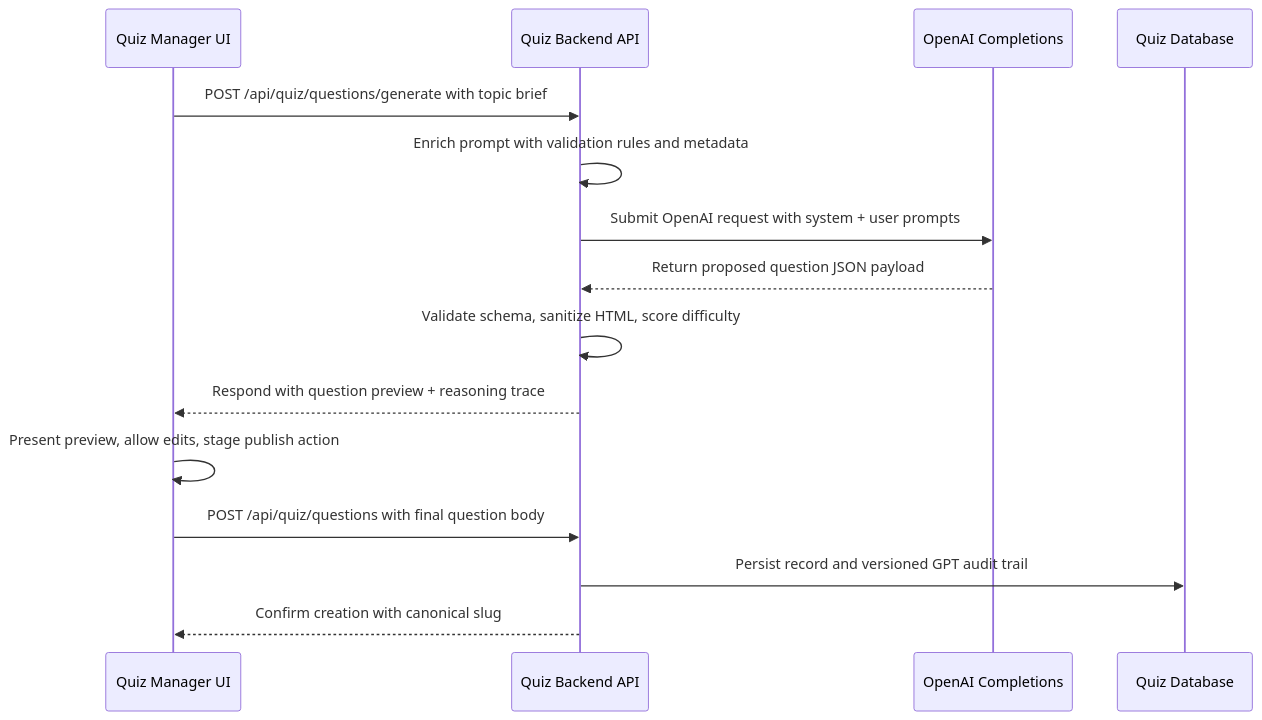
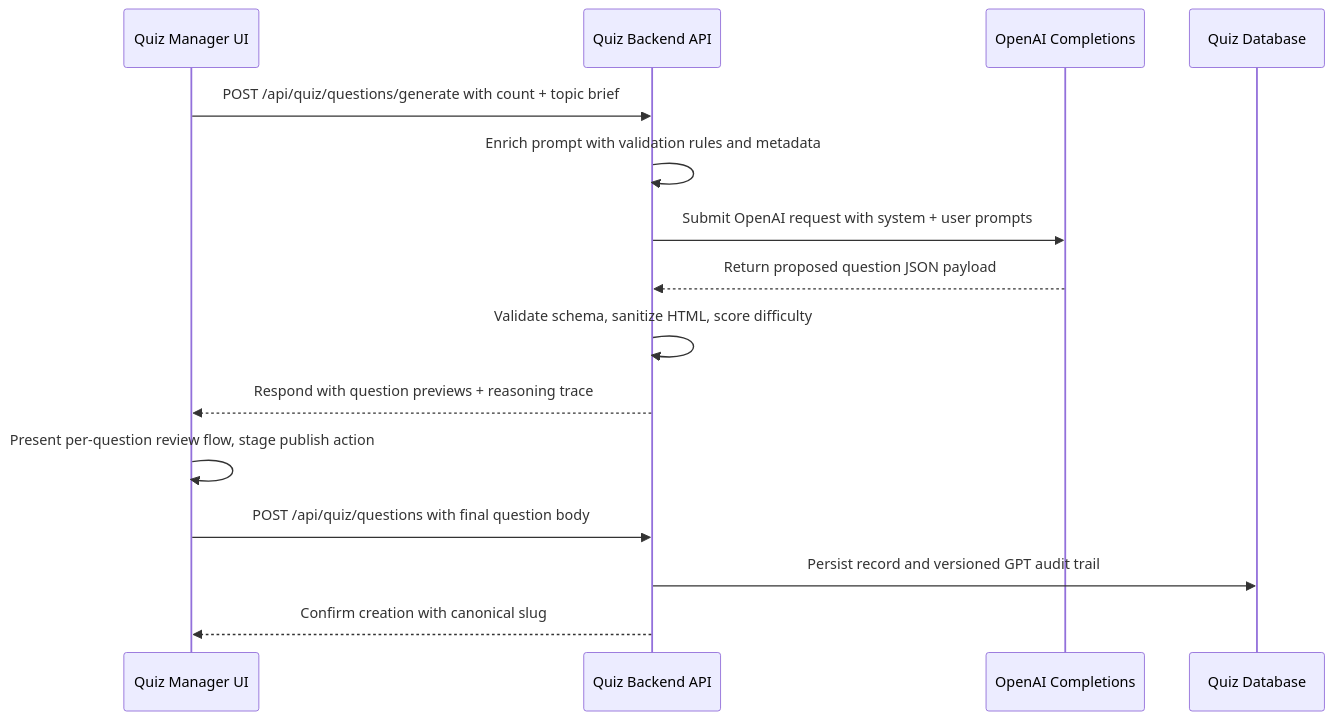
One commit to jm3lee/press changed the diagram in app/flashoffer/docs/quiz-manager/gpt-assisted-question-generation.md. Above: the diagram before and after it, drawn with Mermaid. The commit also changed other lines of this file and 4 other files, not shown here.

````diff
--- a/app/flashoffer/docs/quiz-manager/gpt-assisted-question-generation.md
+++ b/app/flashoffer/docs/quiz-manager/gpt-assisted-question-generation.md
@@ -11,18 +11,18 @@
 ```mermaid
 sequenceDiagram
   participant Editor as Quiz Manager UI
   participant Backend as Quiz Backend API
   participant GPT as OpenAI Completions
   participant Store as Quiz Database
 
-  Editor->>Backend: POST /api/quiz/questions/generate with topic brief
+  Editor->>Backend: POST /api/quiz/questions/generate with count + topic brief
   Backend->>Backend: Enrich prompt with validation rules and metadata
   Backend->>GPT: Submit OpenAI request with system + user prompts
   GPT-->>Backend: Return proposed question JSON payload
   Backend->>Backend: Validate schema, sanitize HTML, score difficulty
-  Backend-->>Editor: Respond with question preview + reasoning trace
-  Editor->>Editor: Present preview, allow edits, stage publish action
+  Backend-->>Editor: Respond with question previews + reasoning trace
+  Editor->>Editor: Present per-question review flow, stage publish action
   Editor->>Backend: POST /api/quiz/questions with final question body
   Backend->>Store: Persist record and versioned GPT audit trail
   Backend-->>Editor: Confirm creation with canonical slug
 ```
````
